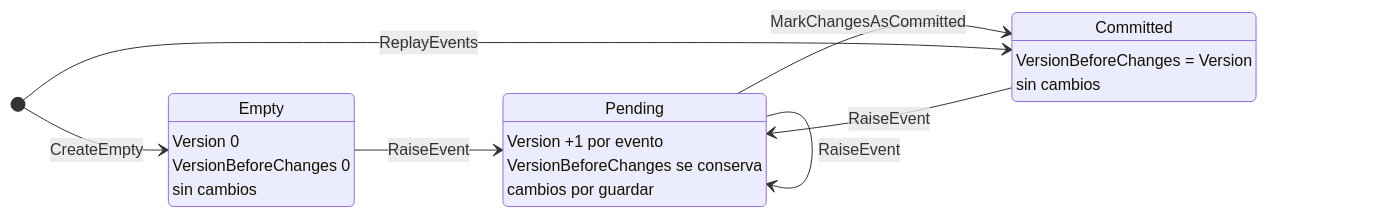
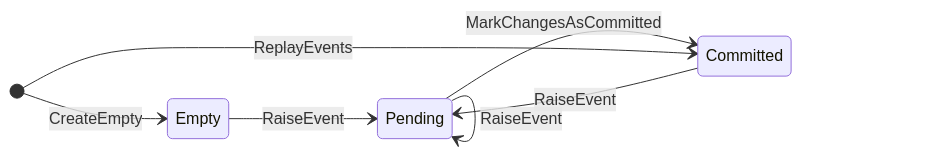
The diagram in Microservices-Events/docs/command/agregados.md (rubendevvalencia/BackendPortfolio), drawn with Mermaid before and after one commit. The commit also changed other lines of this file and 11 other files, not shown here.

````diff
--- a/Microservices-Events/docs/command/agregados.md
+++ b/Microservices-Events/docs/command/agregados.md
@@ -40,24 +34,10 @@
 ```mermaid
 stateDiagram-v2
     direction LR
     [*] --> Empty : CreateEmpty
     Empty --> Pending : RaiseEvent
     Pending --> Pending : RaiseEvent
     Pending --> Committed : MarkChangesAsCommitted
     Committed --> Pending : RaiseEvent
     [*] --> Committed : ReplayEvents
-
-    Empty : Empty
-    Empty : Version 0
-    Empty : VersionBeforeChanges 0
-    Empty : sin cambios
-
-    Pending : Pending
-    Pending : Version +1 por evento
-    Pending : VersionBeforeChanges se conserva
-    Pending : cambios por guardar
-
-    Committed : Committed
-    Committed : VersionBeforeChanges = Version
-    Committed : sin cambios
 ```
````
